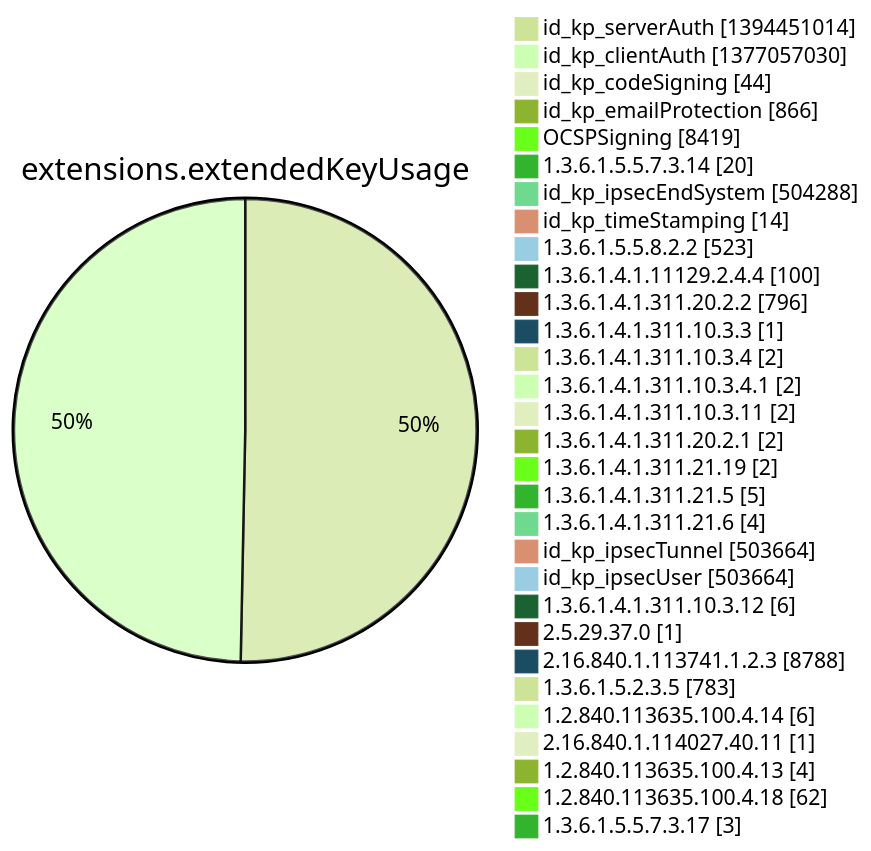
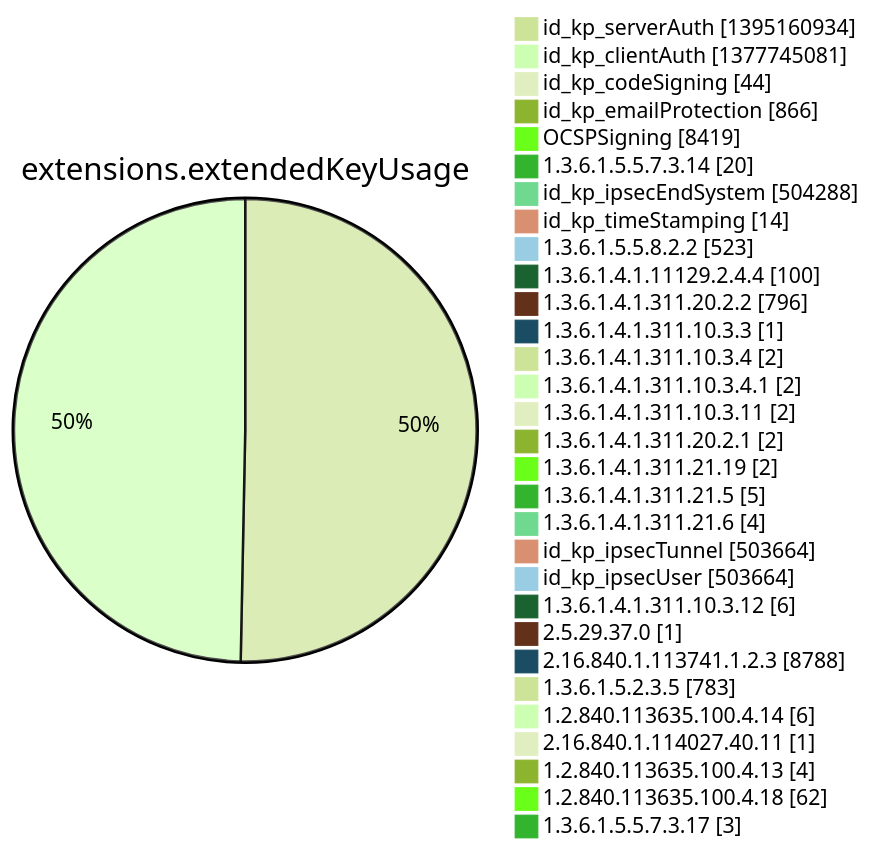
One commit to christiankrug/ctmonitor_visualization changed diagram 12 of 15 in argon2022/README.md. Above: the diagram before and after it, drawn with Mermaid (forest theme). The commit also changed other lines of this file, not shown here.

````diff
--- a/argon2022/README.md
+++ b/argon2022/README.md
@@ -3554,34 +3554,34 @@
 ```mermaid
 pie showData
 title extensions.extendedKeyUsage
-"id_kp_serverAuth" :1394451014
-"id_kp_clientAuth" :1377057030
+"id_kp_serverAuth" :1395160934
+"id_kp_clientAuth" :1377745081
 "id_kp_codeSigning" :44
 "id_kp_emailProtection" :866
 "OCSPSigning" :8419
 "1.3.6.1.5.5.7.3.14" :20
 "id_kp_ipsecEndSystem" :504288
 "id_kp_timeStamping" :14
 "1.3.6.1.5.5.8.2.2" :523
 "1.3.6.1.4.1.11129.2.4.4" :100
 "1.3.6.1.4.1.311.20.2.2" :796
 "1.3.6.1.4.1.311.10.3.3" :1
 "1.3.6.1.4.1.311.10.3.4" :2
 "1.3.6.1.4.1.311.10.3.4.1" :2
 "1.3.6.1.4.1.311.10.3.11" :2
 "1.3.6.1.4.1.311.20.2.1" :2
 "1.3.6.1.4.1.311.21.19" :2
 "1.3.6.1.4.1.311.21.5" :5
 "1.3.6.1.4.1.311.21.6" :4
 "id_kp_ipsecTunnel" :503664
 "id_kp_ipsecUser" :503664
 "1.3.6.1.4.1.311.10.3.12" :6
 "2.5.29.37.0" :1
 "2.16.840.1.113741.1.2.3" :8788
 "1.3.6.1.5.2.3.5" :783
 "1.2.840.113635.100.4.14" :6
 "2.16.840.1.114027.40.11" :1
 "1.2.840.113635.100.4.13" :4
 "1.2.840.113635.100.4.18" :62
 "1.3.6.1.5.5.7.3.17" :3
 ```
````
